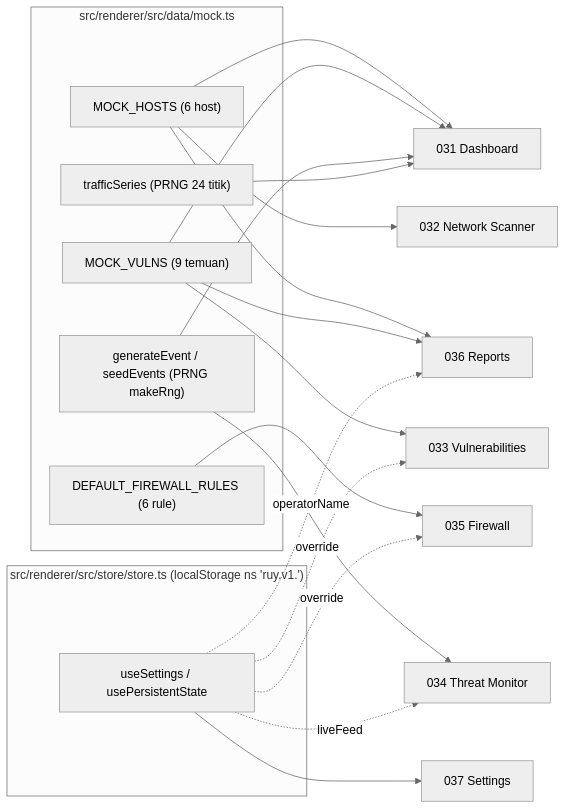
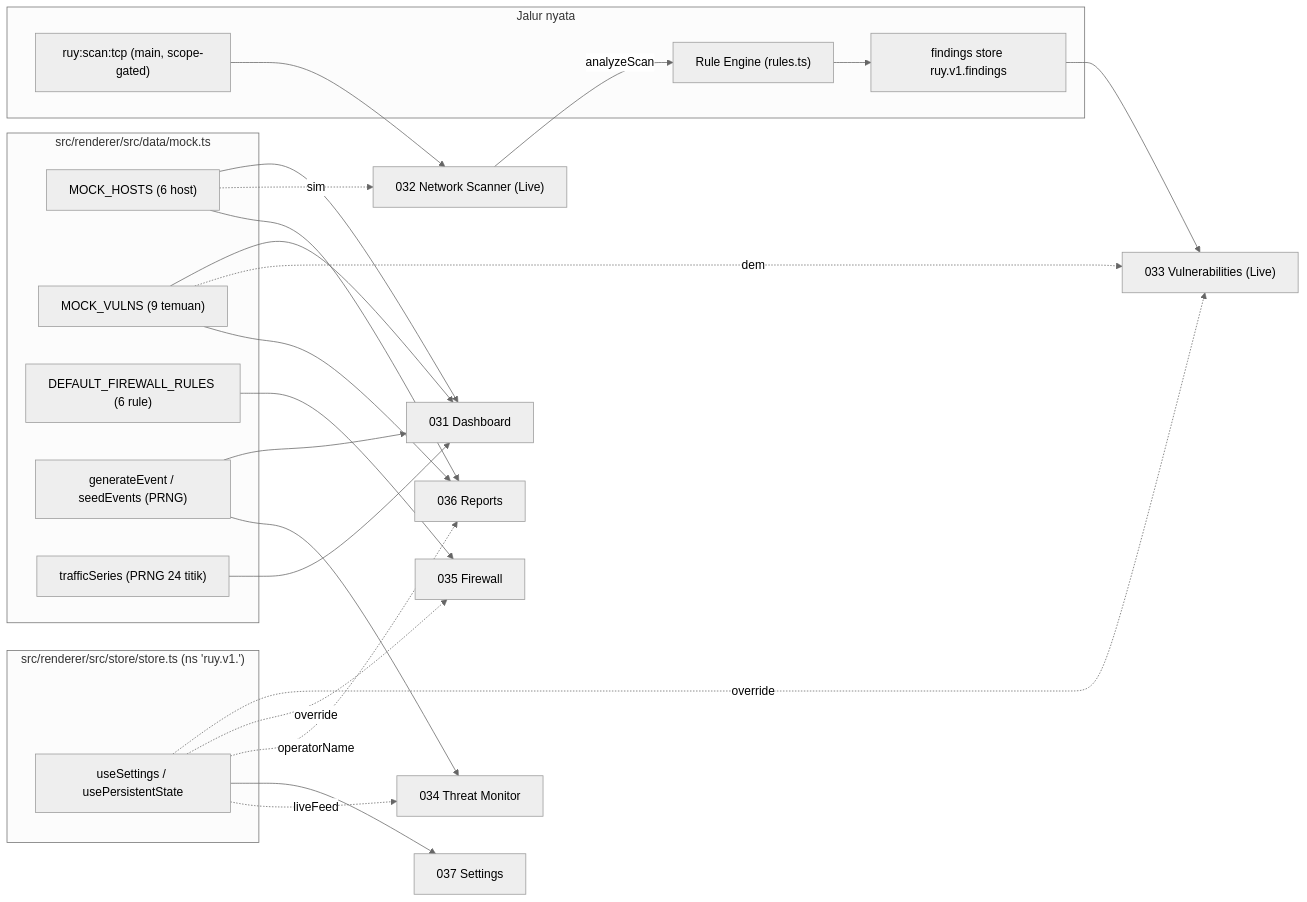
The diagram in docs/030_operations.md (AlatBekam/Interu), drawn with Mermaid (neutral theme) before and after one commit. The commit also changed other lines of this file and 19 other files, not shown here.

````diff
--- a/docs/030_operations.md
+++ b/docs/030_operations.md
@@ -29,32 +29,42 @@
 ```mermaid
 flowchart LR
   subgraph data["src/renderer/src/data/mock.ts"]
     H["MOCK_HOSTS (6 host)"]
     V["MOCK_VULNS (9 temuan)"]
     FW["DEFAULT_FIREWALL_RULES (6 rule)"]
-    GEN["generateEvent / seedEvents (PRNG makeRng)"]
+    GEN["generateEvent / seedEvents (PRNG)"]
     TR["trafficSeries (PRNG 24 titik)"]
+  end
+
+  subgraph real["Jalur nyata"]
+    IPC["ruy:scan:tcp (main, scope-gated)"]
+    RE["Rule Engine (rules.ts)"]
+    FS["findings store ruy.v1.findings"]
   end
 
   H --> DASH["031 Dashboard"]
   V --> DASH
   GEN --> DASH
   TR --> DASH
 
-  H --> SCAN["032 Network Scanner"]
-  V --> VULN["033 Vulnerabilities"]
+  IPC --> SCAN["032 Network Scanner (Live)"]
+  H -.sim.-> SCAN
+  SCAN -- "analyzeScan" --> RE
+  RE --> FS
+  FS --> VULN["033 Vulnerabilities (Live)"]
+  V -.demo.-> VULN
   GEN --> THR["034 Threat Monitor"]
   FW --> FWP["035 Firewall"]
   H --> REP["036 Reports"]
   V --> REP
 
-  subgraph store["src/renderer/src/store/store.ts (localStorage ns 'ruy.v1.')"]
+  subgraph store["src/renderer/src/store/store.ts (ns 'ruy.v1.')"]
     ST["useSettings / usePersistentState"]
   end
 
   ST -.override.-> VULN
   ST -.override.-> FWP
   ST -.operatorName.-> REP
   ST --> SET["037 Settings"]
   ST -.liveFeed.-> THR
 ```
````
